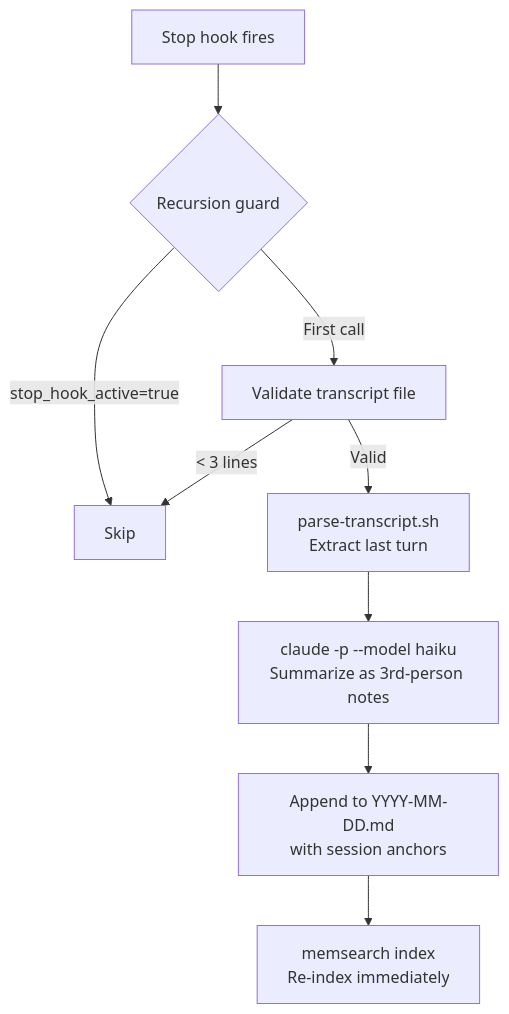
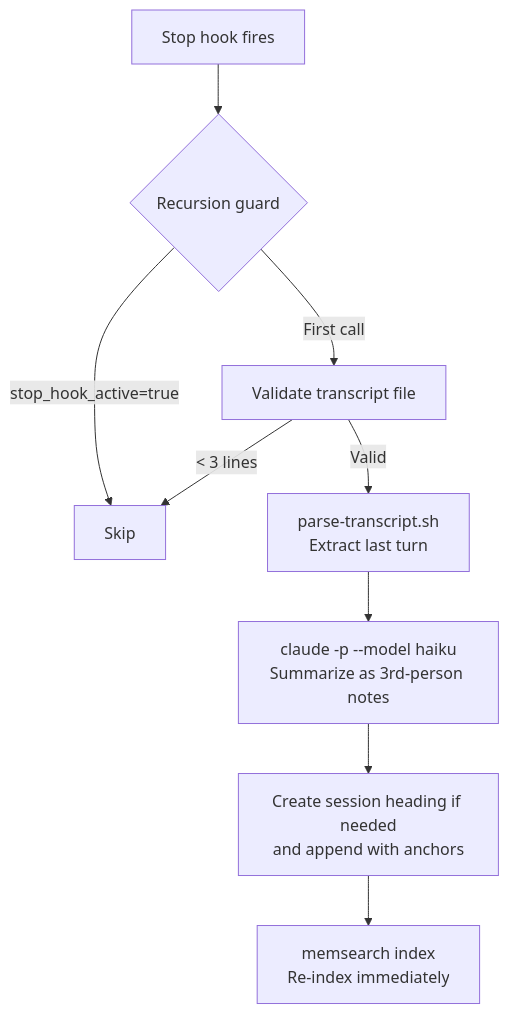
One commit to zilliztech/memsearch changed the third of 3 diagrams in docs/platforms/claude-code/how-it-works.md. Above: the diagram before and after it, drawn with Mermaid. The commit also changed other lines of this file and 5 other files, not shown here.

Commit message:
Cover lazy Claude session heading behavior

````diff
--- a/docs/platforms/claude-code/how-it-works.md
+++ b/docs/platforms/claude-code/how-it-works.md
@@ -111,11 +112,11 @@
 ```mermaid
 graph TD
     A[Stop hook fires] --> B{Recursion guard}
     B -->|"stop_hook_active=true"| Z[Skip]
     B -->|First call| C[Validate transcript file]
     C -->|"< 3 lines"| Z
     C -->|Valid| D["parse-transcript.sh<br/>Extract last turn"]
     D --> E["claude -p --model haiku<br/>Summarize as 3rd-person notes"]
-    E --> F["Append to YYYY-MM-DD.md<br/>with session anchors"]
+    E --> F["Create session heading if needed<br/>and append with anchors"]
     F --> G["memsearch index<br/>Re-index immediately"]
 ```
````
